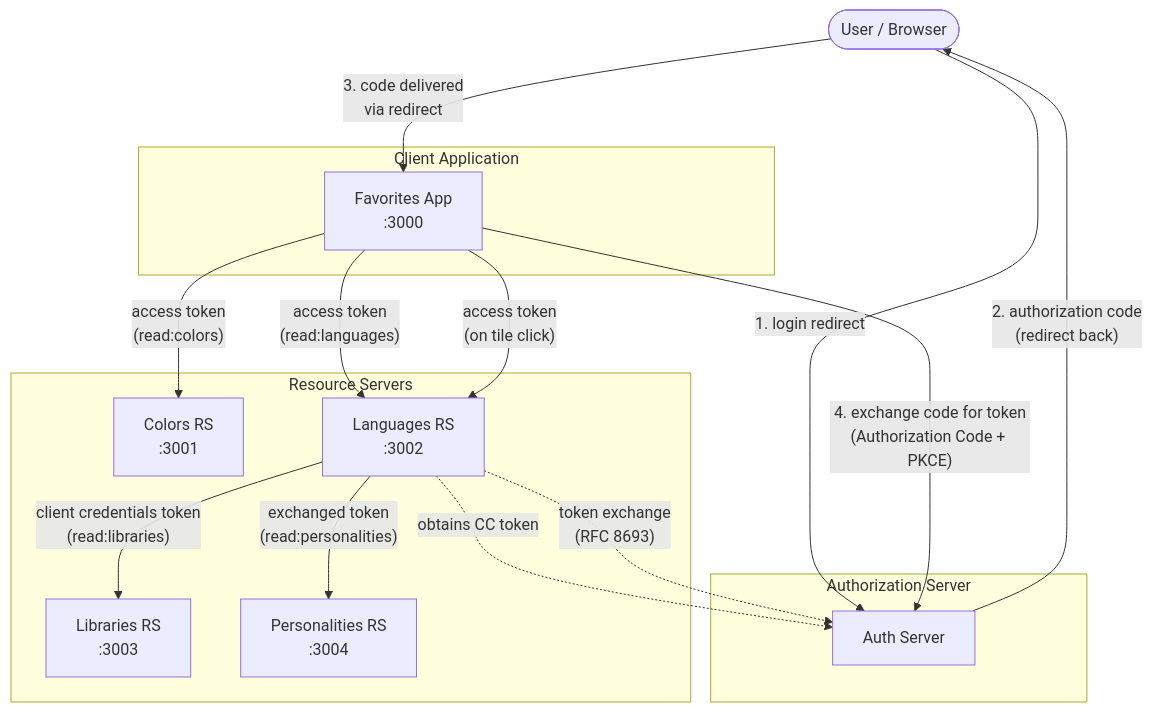
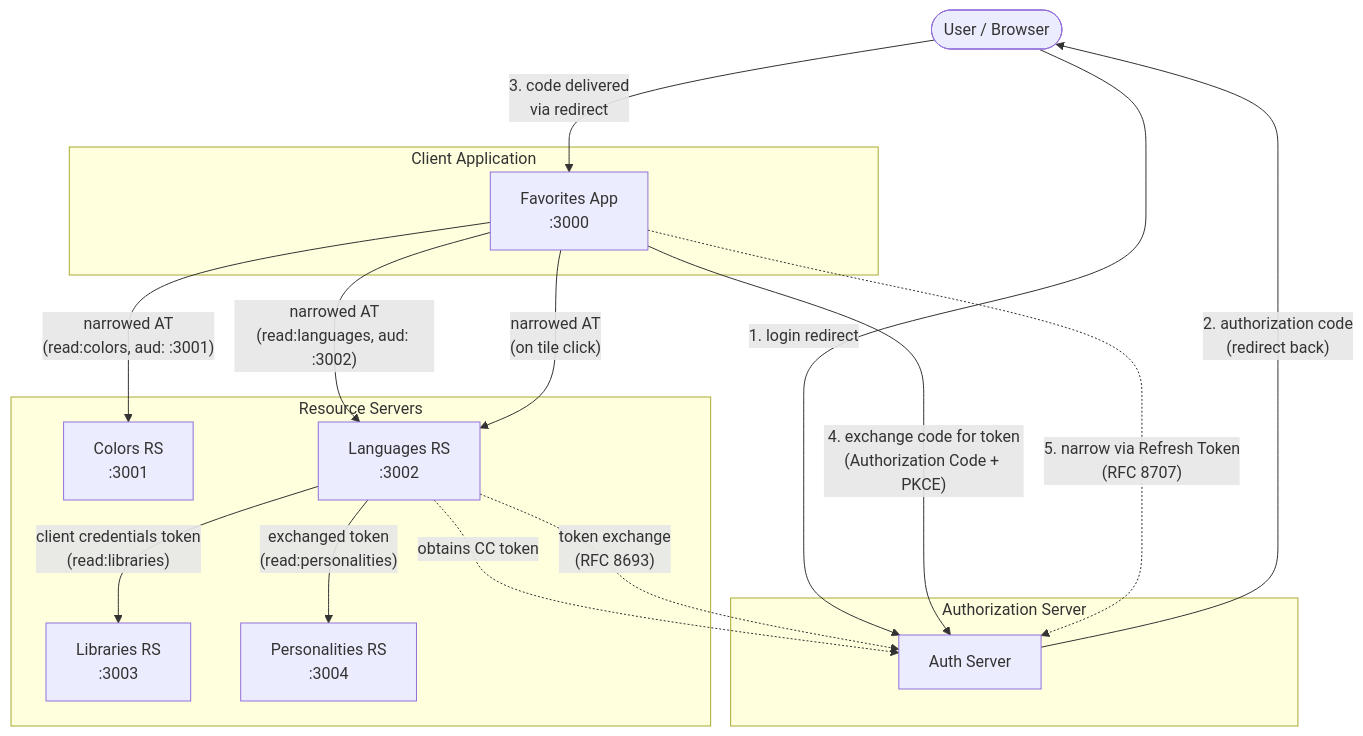
The diagram in oauth/README.md (mkrauskopf/martinovo-auth), drawn with Mermaid before and after one commit.

Commit message:
Reflect token narrowing in the diagram

````diff
--- a/oauth/README.md
+++ b/oauth/README.md
@@ -38,34 +38,35 @@
 ```mermaid
 graph TB
     User([User / Browser])
 
     subgraph "Client Application"
         FA["Favorites App<br/>:3000"]
     end
 
     subgraph "Authorization Server"
         AS["Auth Server<br/>"]
     end
 
     subgraph "Resource Servers"
         CR["Colors RS<br/>:3001"]
         LR["Languages RS<br/>:3002"]
         BR["Libraries RS<br/>:3003"]
         PR["Personalities RS<br/>:3004"]
     end
 
     User -- "1. login redirect" --> AS
     AS -- "2. authorization code<br/>(redirect back)" --> User
     User -- "3. code delivered<br/>via redirect" --> FA
     FA -- "4. exchange code for token<br/>(Authorization Code + PKCE)" --> AS
+    FA -. "5. narrow via Refresh Token<br/>(RFC 8707)" .-> AS
 
-    FA -- "access token<br/>(read:colors)" --> CR
-    FA -- "access token<br/>(read:languages)" --> LR
-    FA -- "access token<br/>(on tile click)" --> LR
+    FA -- "narrowed AT<br/>(read:colors, aud: :3001)" --> CR
+    FA -- "narrowed AT<br/>(read:languages, aud: :3002)" --> LR
+    FA -- "narrowed AT<br/>(on tile click)" --> LR
 
     LR -- "client credentials token<br/>(read:libraries)" --> BR
     LR -. "obtains CC token" .-> AS
 
     LR -- "exchanged token<br/>(read:personalities)" --> PR
     LR -. "token exchange<br/>(RFC 8693)" .-> AS
 ```
````
